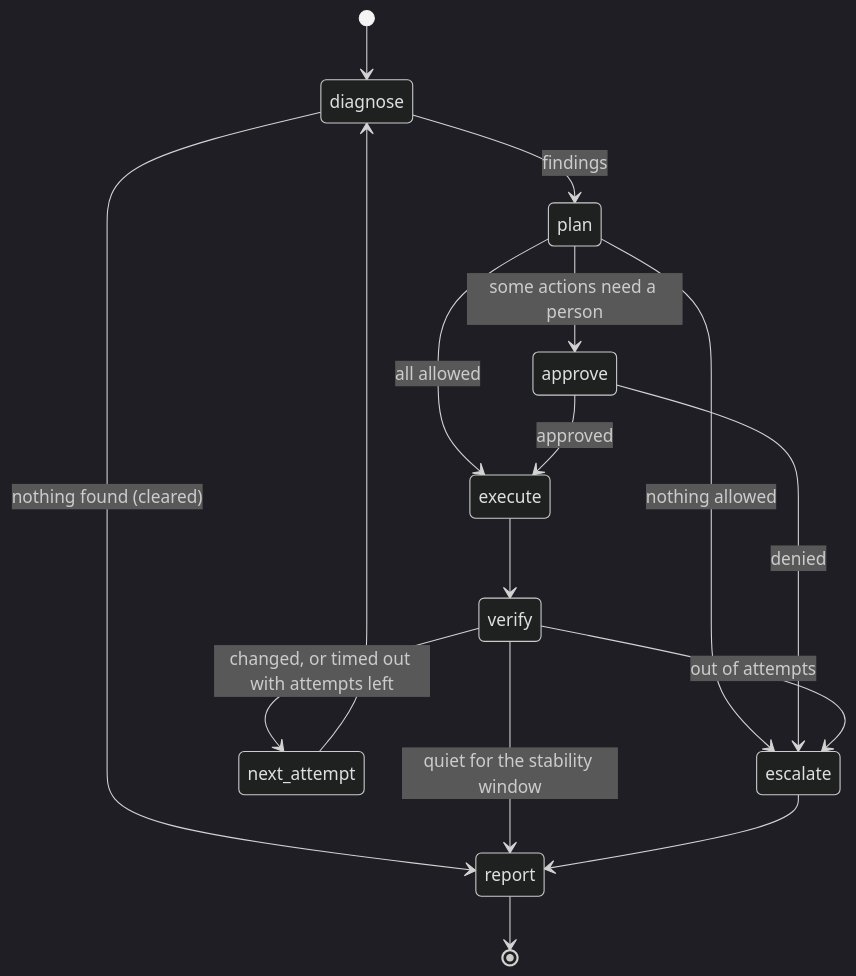
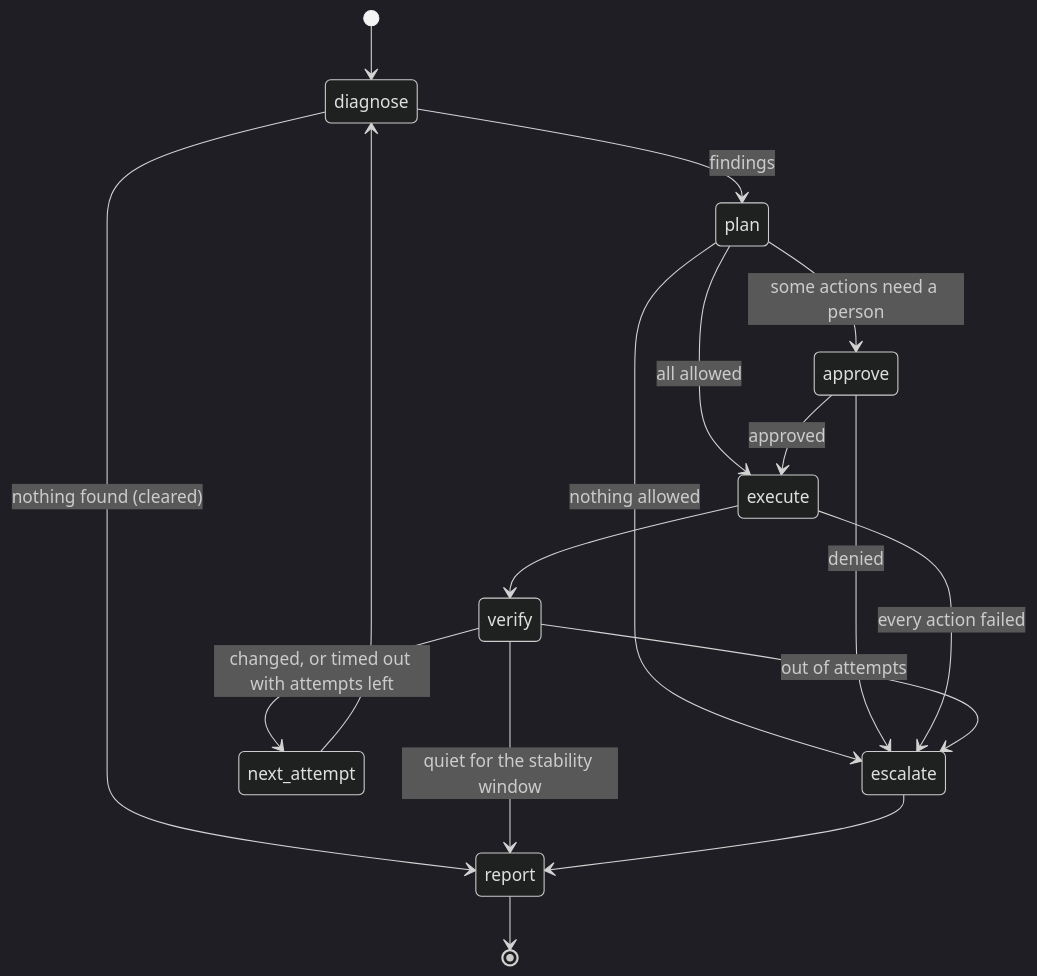
Before and after one commit to darshansatpathy/db-incident-remediation-agents: the second of 2 diagrams in docs/architecture.md, drawn with Mermaid (dark theme). The commit also changed other lines of this file and 7 other files, not shown here.

````diff
--- a/docs/architecture.md
+++ b/docs/architecture.md
@@ -20,18 +20,19 @@
 ```mermaid
 stateDiagram-v2
     [*] --> diagnose
     diagnose --> plan: findings
     diagnose --> report: nothing found (cleared)
     plan --> approve: some actions need a person
     plan --> execute: all allowed
     plan --> escalate: nothing allowed
     approve --> execute: approved
     approve --> escalate: denied
     execute --> verify
+    execute --> escalate: every action failed
     verify --> report: quiet for the stability window
     verify --> next_attempt: changed, or timed out with attempts left
     next_attempt --> diagnose
     verify --> escalate: out of attempts
     escalate --> report
     report --> [*]
 ```
````
